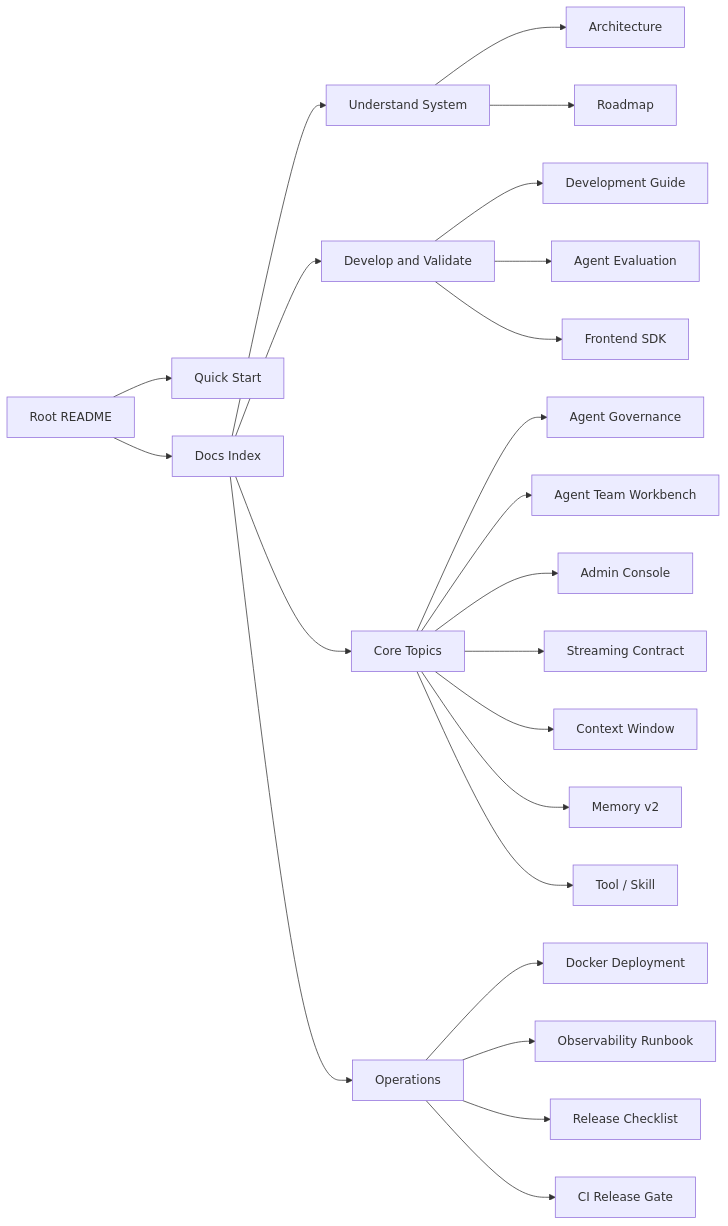
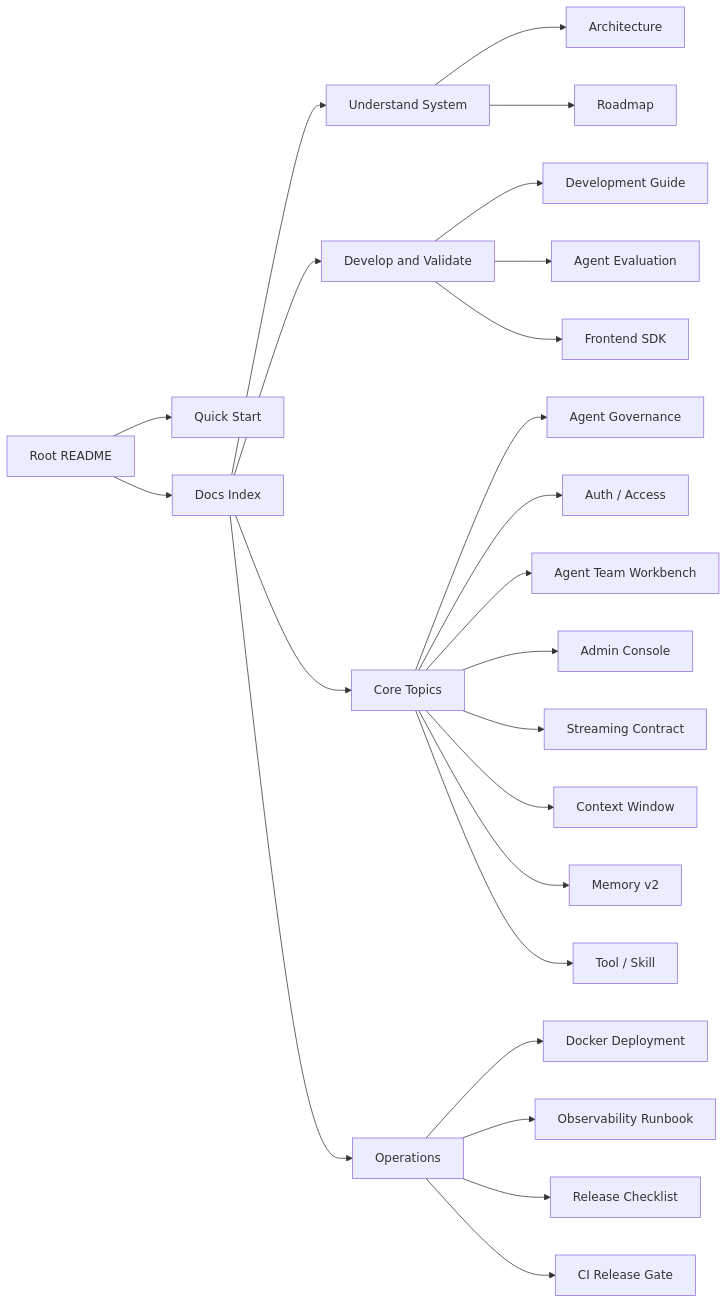
One commit to William-zgx/focus-agent changed the diagram in docs/README.md. Above: the diagram before and after it, drawn with Mermaid. The commit also changed other lines of this file and 94 other files, not shown here.

````diff
--- a/docs/README.md
+++ b/docs/README.md
@@ -9,25 +9,26 @@
 ```mermaid
 flowchart LR
     README["Root README"] --> Quick["Quick Start"]
     README --> Docs["Docs Index"]
     Docs --> Understand["Understand System"]
     Docs --> Develop["Develop and Validate"]
     Docs --> Topics["Core Topics"]
     Docs --> Ops["Operations"]
     Understand --> Architecture["Architecture"]
     Understand --> Roadmap["Roadmap"]
     Develop --> DevGuide["Development Guide"]
     Develop --> EvalGuide["Agent Evaluation"]
     Develop --> SDK["Frontend SDK"]
     Topics --> Governance["Agent Governance"]
+    Topics --> AuthAccess["Auth / Access"]
     Topics --> AgentTeam["Agent Team Workbench"]
     Topics --> Admin["Admin Console"]
     Topics --> Streaming["Streaming Contract"]
     Topics --> ContextWindow["Context Window"]
     Topics --> Memory["Memory v2"]
     Topics --> Tools["Tool / Skill"]
     Ops --> Docker["Docker Deployment"]
     Ops --> Observability["Observability Runbook"]
     Ops --> Release["Release Checklist"]
     Ops --> CIGate["CI Release Gate"]
 ```
````
